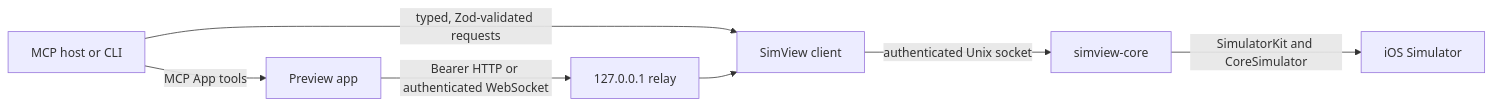
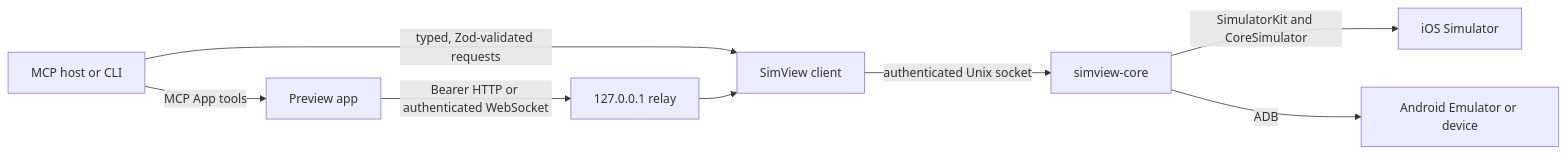
The diagram in docs/architecture.md (ToolingTools/SimView), drawn with Mermaid before and after one commit. The commit also changed other lines of this file and 73 other files, not shown here.

Commit message:
Add Android device support

````diff
--- a/docs/architecture.md
+++ b/docs/architecture.md
@@ -35,9 +39,10 @@
 ```mermaid
 flowchart LR
   Host["MCP host or CLI"] -->|"typed, Zod-validated requests"| Client["SimView client"]
   Client -->|"authenticated Unix socket"| Core["simview-core"]
   Core -->|"SimulatorKit and CoreSimulator"| Simulator["iOS Simulator"]
+  Core -->|"ADB"| Android["Android Emulator or device"]
   Host -->|"MCP App tools"| App["Preview app"]
   App -->|"Bearer HTTP or authenticated WebSocket"| Relay["127.0.0.1 relay"]
   Relay --> Client
 ```
````
